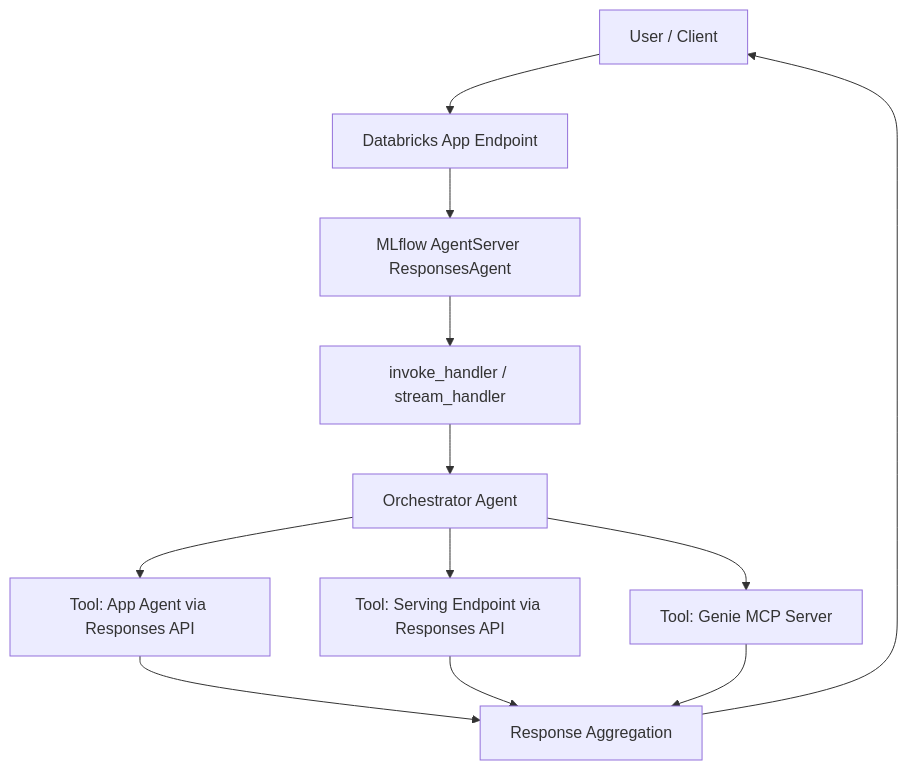
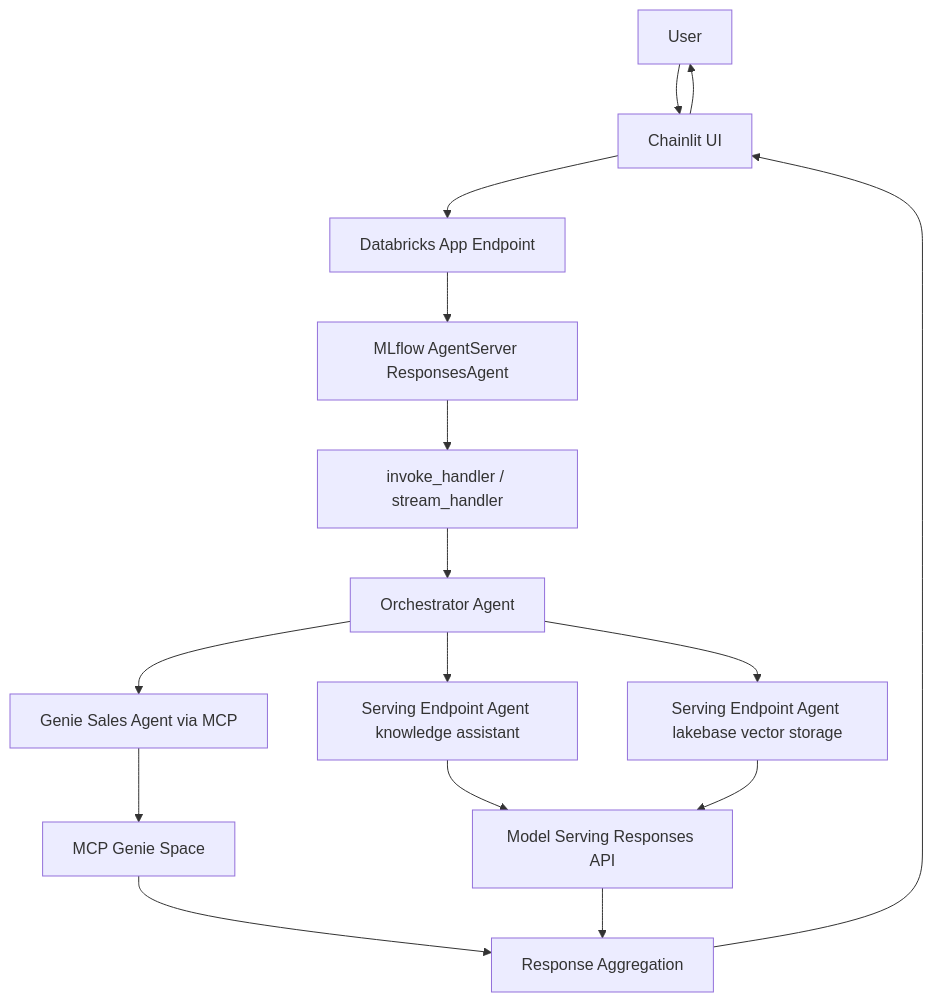
One commit to wchen-dea/Multi-Agent-App-On-Databricks changed the second of 2 diagrams in docs/architecture.md. Above: the diagram before and after it, drawn with Mermaid. The commit also changed other lines of this file and 1 other file, not shown here.

Commit message:
code review

````diff
--- a/docs/architecture.md
+++ b/docs/architecture.md
@@ -95,14 +97,22 @@
 ```mermaid
 flowchart TD
-    U[User / Client] --> A[Databricks App Endpoint]
-    A --> S[MLflow AgentServer ResponsesAgent]
+    U[User]
+    U --> UI[Chainlit UI]
+    UI --> APP[Databricks App Endpoint]
+    APP --> S[MLflow AgentServer ResponsesAgent]
     S --> H[invoke_handler / stream_handler]
     H --> O[Orchestrator Agent]
-    O --> T1[Tool: App Agent via Responses API]
-    O --> T2[Tool: Serving Endpoint via Responses API]
-    O --> T3[Tool: Genie MCP Server]
-    T1 --> R[Response Aggregation]
-    T2 --> R
-    T3 --> R
-    R --> U
+
+    O --> G[Genie Sales Agent via MCP]
+    O --> K[Serving Endpoint Agent knowledge assistant]
+    O --> L[Serving Endpoint Agent lakebase vector storage]
+
+    G --> M[MCP Genie Space]
+    K --> R1[Model Serving Responses API]
+    L --> R1
+
+    M --> R[Response Aggregation]
+    R1 --> R
+    R --> UI
+    UI --> U
 ```
````
